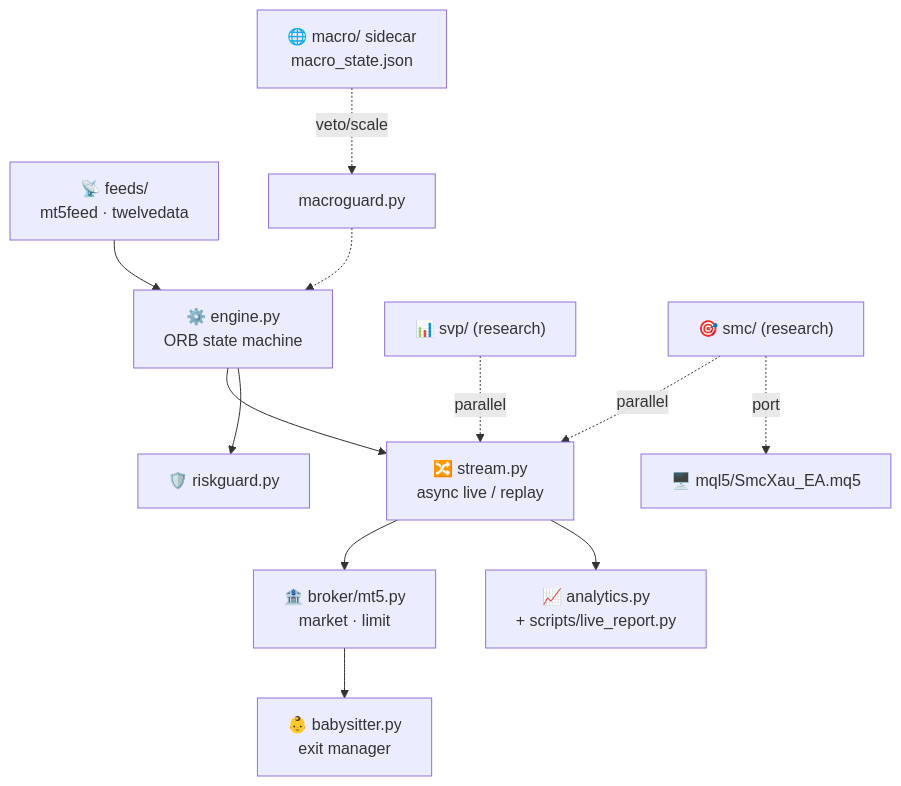
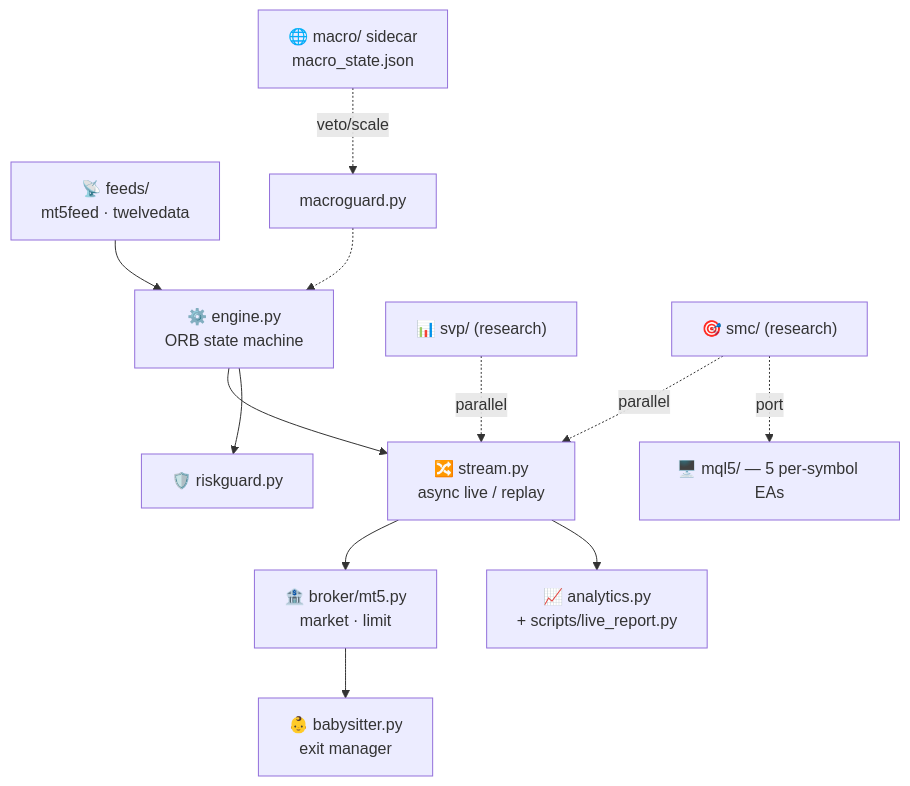
Before and after one commit to www8351/FreqTrading: the third of 3 diagrams in README.md, drawn with Mermaid. The commit also changed other lines of this file and 9 other files, not shown here.

````diff
--- a/README.md
+++ b/README.md
@@ -406,13 +420,13 @@
 ```mermaid
 graph TD
     F["📡 feeds/<br/>mt5feed · twelvedata"] --> E["⚙️ engine.py<br/>ORB state machine"]
     E --> S["🔀 stream.py<br/>async live / replay"]
     S --> B["🏦 broker/mt5.py<br/>market · limit"]
     B --> BABY["👶 babysitter.py<br/>exit manager"]
     E --> RG["🛡️ riskguard.py"]
     MAC["🌐 macro/ sidecar<br/>macro_state.json"] -.veto/scale.-> MG["macroguard.py"] -.-> E
     SVP["📊 svp/ (research)"] -.parallel.-> S
     SMC["🎯 smc/ (research)"] -.parallel.-> S
-    SMC -.port.-> EA["🖥️ mql5/SmcXau_EA.mq5"]
+    SMC -.port.-> EA["🖥️ mql5/ — 5 per-symbol EAs"]
     S --> AN["📈 analytics.py<br/>+ scripts/live_report.py"]
 ```
````
